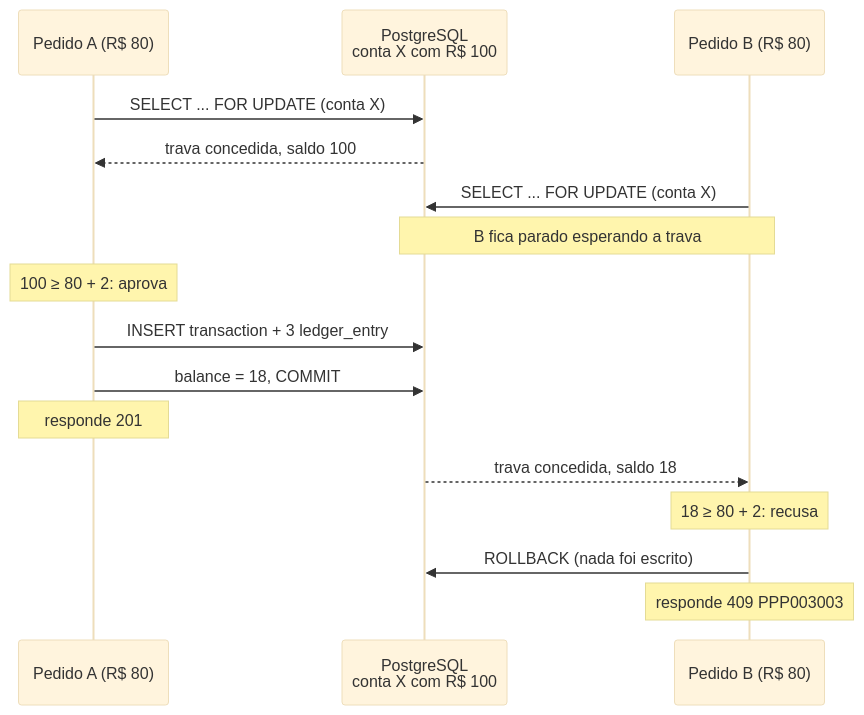
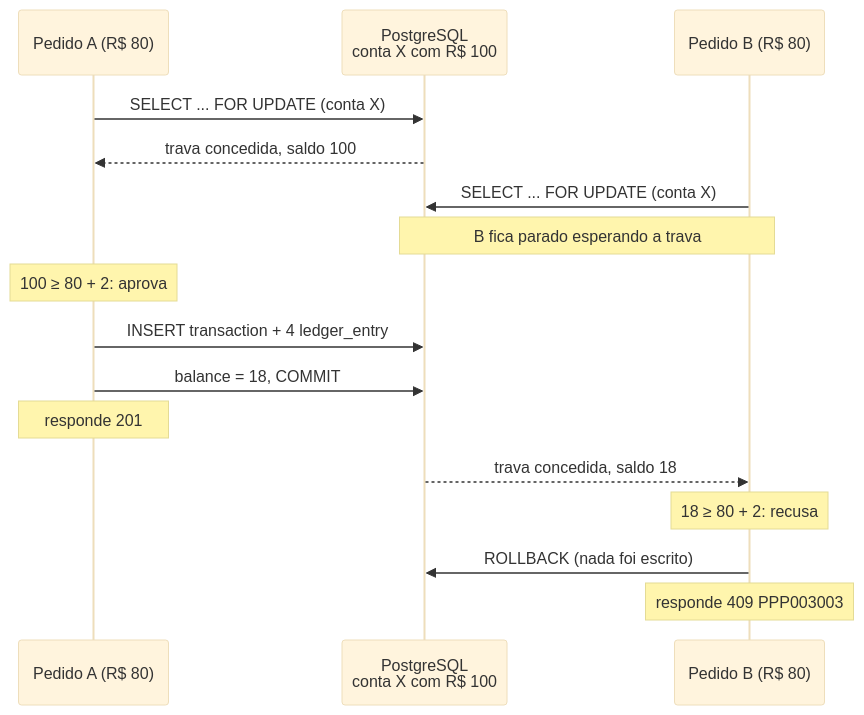
One commit to heluylucas/bootcamp-qi-tech-presidas- changed the diagram in docs/diagramas/transferencia-concorrente.mmd. Above: the diagram before and after it, drawn with Mermaid (base theme). The commit also changed 15 other files, not shown here.

Commit message:
:hammer: update: er-&-flow-diagrams

```diff
--- a/docs/diagramas/transferencia-concorrente.mmd
+++ b/docs/diagramas/transferencia-concorrente.mmd
@@ -1,17 +1,17 @@
 sequenceDiagram
     participant A as Pedido A (R$ 80)
     participant DB as PostgreSQL<br/>conta X com R$ 100
     participant B as Pedido B (R$ 80)
 
     A->>DB: SELECT ... FOR UPDATE (conta X)
     DB-->>A: trava concedida, saldo 100
     B->>DB: SELECT ... FOR UPDATE (conta X)
     Note over B,DB: B fica parado esperando a trava
     Note over A: 100 ≥ 80 + 2: aprova
-    A->>DB: INSERT transaction + 3 ledger_entry
+    A->>DB: INSERT transaction + 4 ledger_entry
     A->>DB: balance = 18, COMMIT
     Note over A: responde 201
     DB-->>B: trava concedida, saldo 18
     Note over B: 18 ≥ 80 + 2: recusa
     B->>DB: ROLLBACK (nada foi escrito)
     Note over B: responde 409 PPP003003
```
